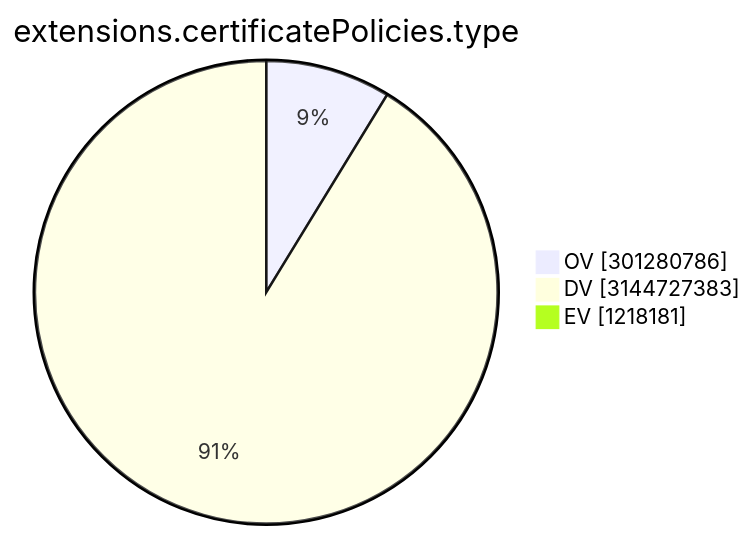
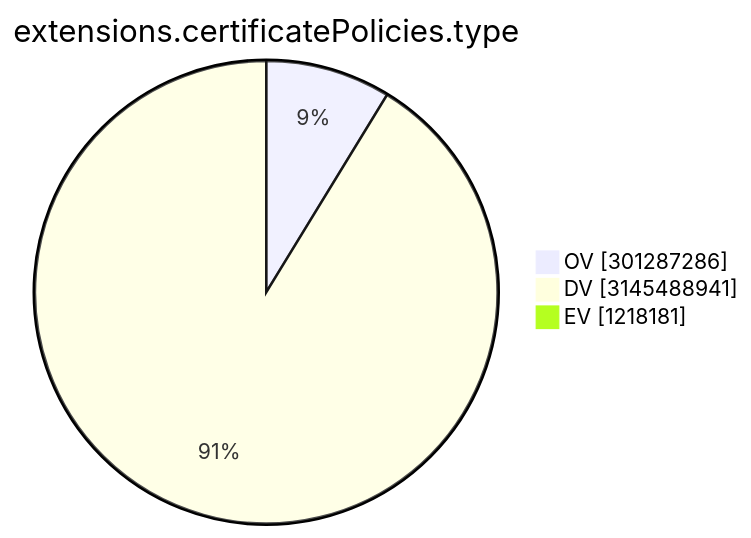
Before and after one commit to christiankrug/ctmonitor_visualization: the ninth of 15 diagrams in TOTAL/README.md, drawn with Mermaid. The commit also changed other lines of this file, not shown here.

````diff
--- a/TOTAL/README.md
+++ b/TOTAL/README.md
@@ -3105,7 +3105,7 @@
 ```mermaid
 pie showData
 title extensions.certificatePolicies.type
-"OV" :301280786
-"DV" :3144727383
+"OV" :301287286
+"DV" :3145488941
 "EV" :1218181
 ```
````
